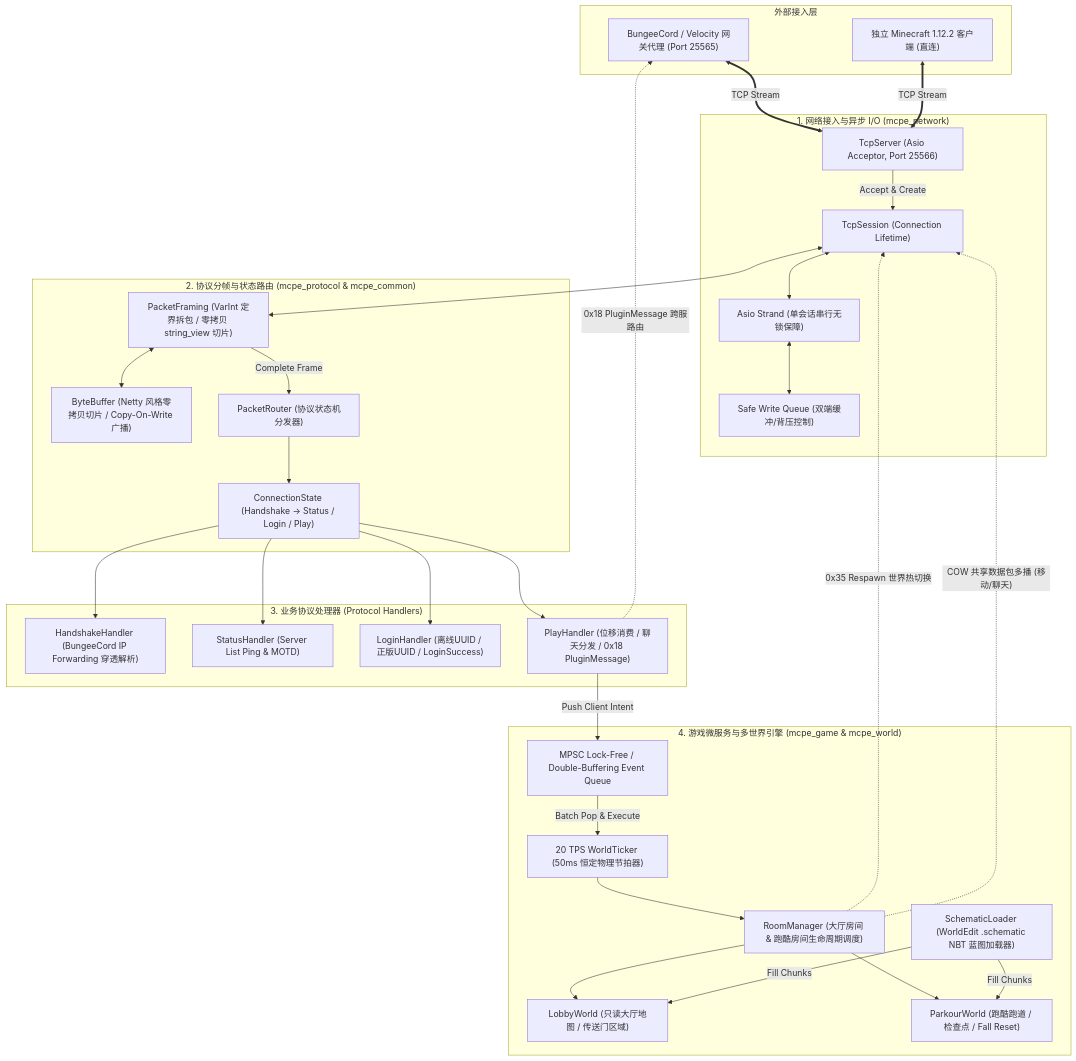
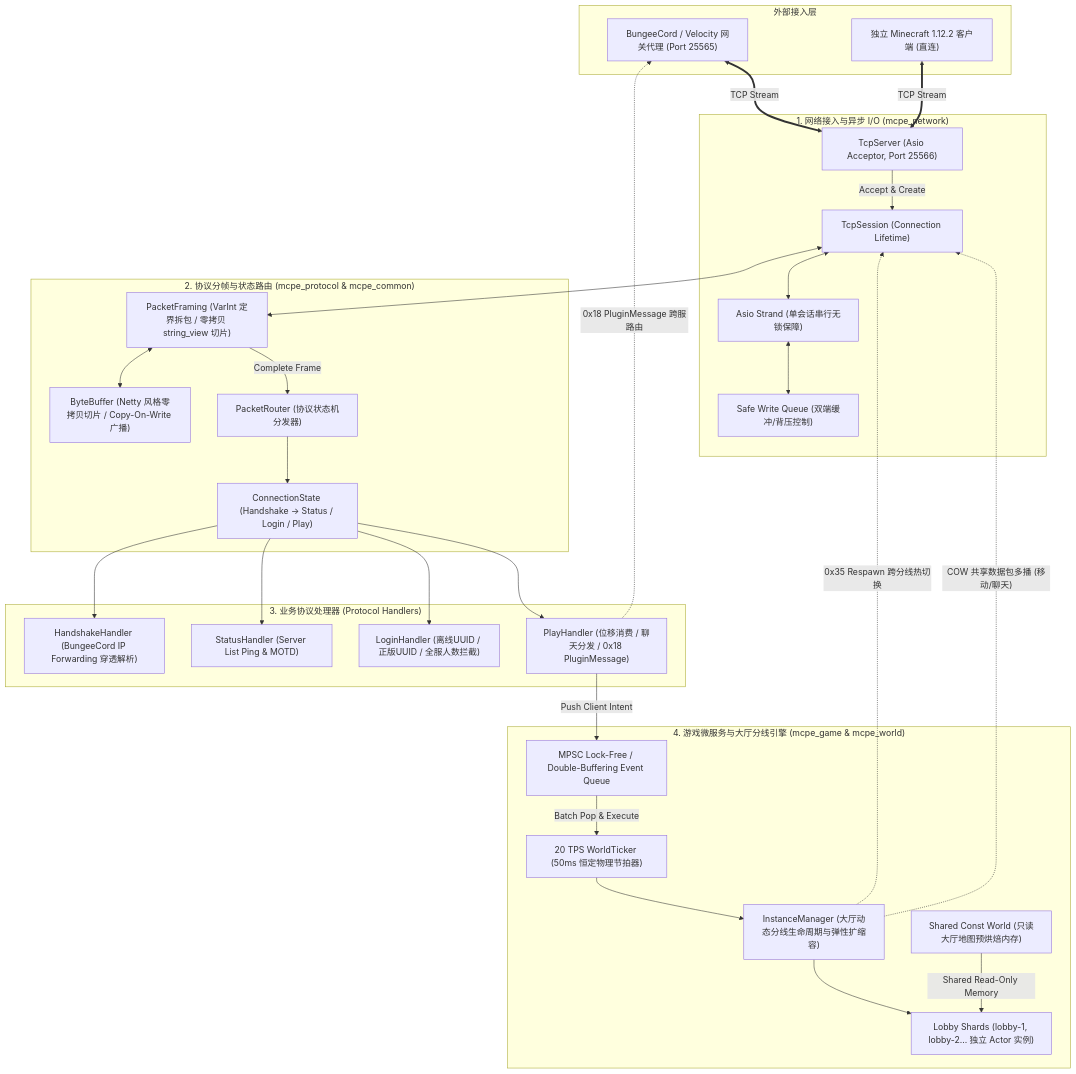
One commit to syuany/mcpe changed the diagram in doc/02_技术选型与系统架构设计.md. Above: the diagram before and after it, drawn with Mermaid. The commit also changed other lines of this file and 49 other files, not shown here.

````diff
--- a/doc/02_技术选型与系统架构设计.md
+++ b/doc/02_技术选型与系统架构设计.md
@@ -14,58 +14,57 @@
 ```mermaid
 flowchart TD
     subgraph ClientLayer ["外部接入层"]
         PROXY["BungeeCord / Velocity 网关代理 (Port 25565)"]
         CLIENT["独立 Minecraft 1.12.2 客户端 (直连)"]
     end
 
     subgraph NetworkLayer ["1. 网络接入与异步 I/O (mcpe_network)"]
         TS["TcpServer (Asio Acceptor, Port 25566)"]
         SESS["TcpSession (Connection Lifetime)"]
         STRAND["Asio Strand (单会话串行无锁保障)"]
         WQ["Safe Write Queue (双端缓冲/背压控制)"]
     end
 
     subgraph FramingLayer ["2. 协议分帧与状态路由 (mcpe_protocol & mcpe_common)"]
         PF["PacketFraming (VarInt 定界拆包 / 零拷贝 string_view 切片)"]
         BB["ByteBuffer (Netty 风格零拷贝切片 / Copy-On-Write 广播)"]
         PR["PacketRouter (协议状态机分发器)"]
         CS["ConnectionState (Handshake -> Status / Login / Play)"]
     end
 
     subgraph HandlerLayer ["3. 业务协议处理器 (Protocol Handlers)"]
         HH["HandshakeHandler (BungeeCord IP Forwarding 穿透解析)"]
         SH["StatusHandler (Server List Ping & MOTD)"]
-        LH["LoginHandler (离线UUID / 正版UUID / LoginSuccess)"]
+        LH["LoginHandler (离线UUID / 正版UUID / 全服人数拦截)"]
         PH["PlayHandler (位移消费 / 聊天分发 / 0x18 PluginMessage)"]
     end
 
-    subgraph GameEngine ["4. 游戏微服务与多世界引擎 (mcpe_game & mcpe_world)"]
+    subgraph GameEngine ["4. 游戏微服务与大厅分线引擎 (mcpe_game & mcpe_world)"]
         MPSC["MPSC Lock-Free / Double-Buffering Event Queue"]
         TICK["20 TPS WorldTicker (50ms 恒定物理节拍器)"]
-        RM["RoomManager (大厅房间 & 跑酷房间生命周期调度)"]
-        SCHEM["SchematicLoader (WorldEdit .schematic NBT 蓝图加载器)"]
-        LOBBY_WLD["LobbyWorld (只读大厅地图 / 传送门区域)"]
-        PARKOUR_WLD["ParkourWorld (跑酷跑道 / 检查点 / Fall Reset)"]
+        IM["InstanceManager (大厅动态分线生命周期与弹性扩缩容)"]
+        WORLD_MEM["Shared Const World (只读大厅地图预烘焙内存)"]
+        LOBBY_SHARDS["Lobby Shards (lobby-1, lobby-2... 独立 Actor 实例)"]
     end
 
     %% 数据流走向
     PROXY & CLIENT <==>|"TCP Stream"| TS
     TS -->|"Accept & Create"| SESS
     SESS <--> STRAND
     STRAND <--> WQ
     SESS <--> PF
     PF <--> BB
     PF -->|"Complete Frame"| PR
     PR --> CS
     CS --> HH & SH & LH & PH
 
     PH -->|"Push Client Intent"| MPSC
     MPSC -->|"Batch Pop & Execute"| TICK
-    TICK --> RM
-    RM --> LOBBY_WLD & PARKOUR_WLD
-    SCHEM -->|"Fill Chunks"| LOBBY_WLD & PARKOUR_WLD
+    TICK --> IM
+    IM --> LOBBY_SHARDS
+    WORLD_MEM -->|"Shared Read-Only Memory"| LOBBY_SHARDS
 
-    RM -.->|"0x35 Respawn 世界热切换"| SESS
-    RM -.->|"COW 共享数据包多播 (移动/聊天)"| SESS
+    IM -.->|"0x35 Respawn 跨分线热切换"| SESS
+    IM -.->|"COW 共享数据包多播 (移动/聊天)"| SESS
     PH -.->|"0x18 PluginMessage 跨服路由"| PROXY
 ```
````
